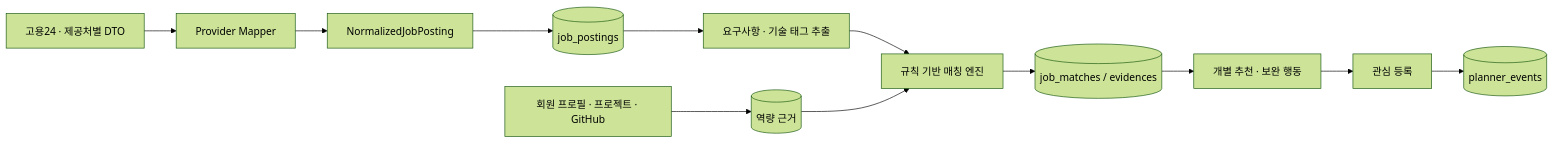
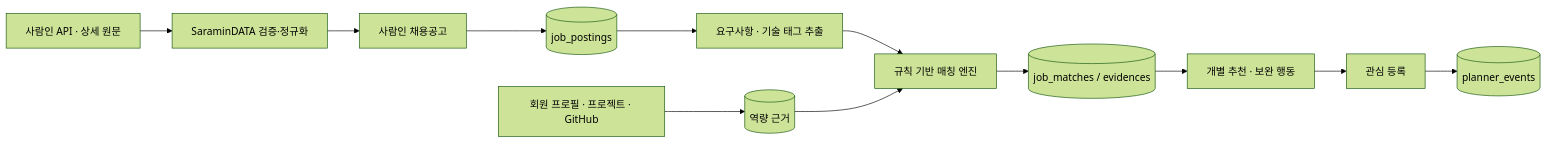
Before and after one commit to hanyeong0605-prog/Final_Project: the diagram in jobpilot-ai/README.md, drawn with Mermaid (forest theme). The commit also changed other lines of this file and 144 other files, not shown here.

````diff
--- a/jobpilot-ai/README.md
+++ b/jobpilot-ai/README.md
@@ -83,14 +100,14 @@
 ```mermaid
 flowchart LR
-  A["고용24 · 제공처별 DTO"] --> B["Provider Mapper"]
-  B --> C["NormalizedJobPosting"]
+  A["사람인 API · 상세 원문"] --> B["SaraminDATA 검증·정규화"]
+  B --> C["사람인 채용공고"]
   C --> D[("job_postings")]
   D --> E["요구사항 · 기술 태그 추출"]
   F["회원 프로필 · 프로젝트 · GitHub"] --> G[("역량 근거")]
   E --> H["규칙 기반 매칭 엔진"]
   G --> H
   H --> I[("job_matches / evidences")]
   I --> J["개별 추천 · 보완 행동"]
   J --> K["관심 등록"]
   K --> L[("planner_events")]
 ```
````
